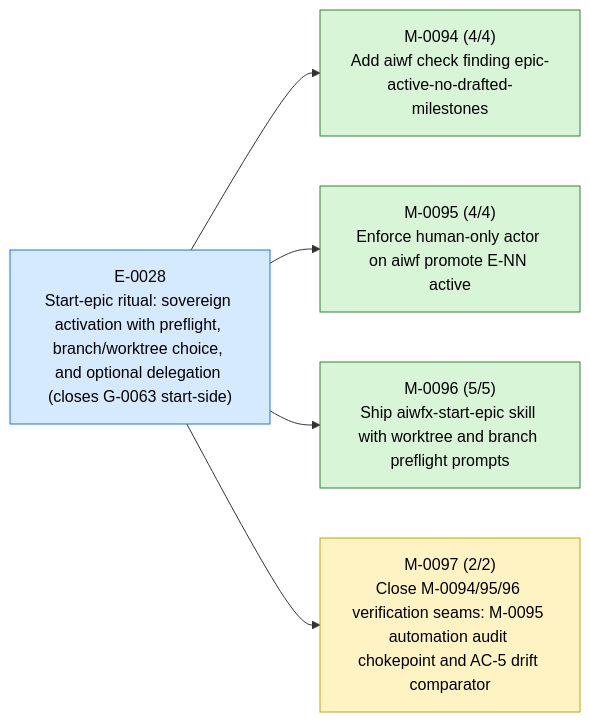
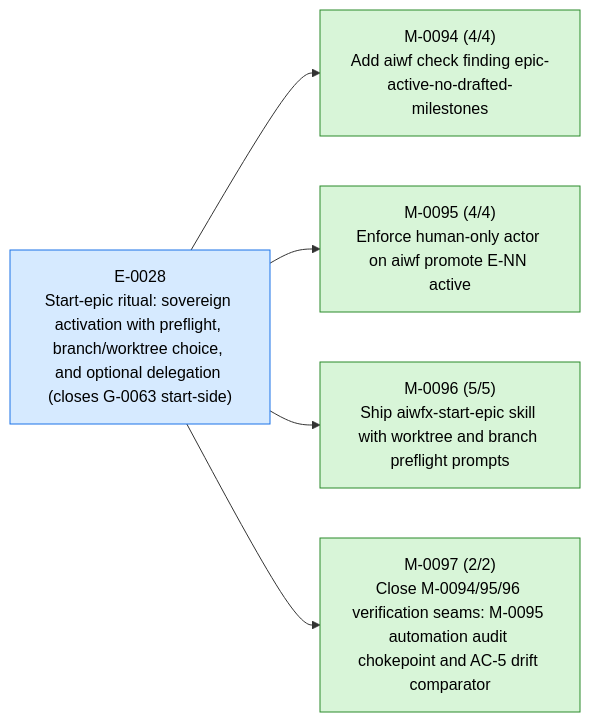
One commit to 23min/aiwf changed the first of 3 diagrams in STATUS.md. Above: the diagram before and after it, drawn with Mermaid. The commit also changed other lines of this file and 1 other file, not shown here.

First line of the commit message:
aiwf promote M-0097 in_progress -> done

````diff
--- a/STATUS.md
+++ b/STATUS.md
@@ -16,18 +16,18 @@
 ```mermaid
 flowchart LR
   E_0028["E-0028<br/>Start-epic ritual: sovereign activation with preflight, branch/worktree choice, and optional delegation (closes G-0063 start-side)"]:::epic_active
   M_0094["M-0094 (4/4)<br/>Add aiwf check finding epic-active-no-drafted-milestones"]:::ms_done
   E_0028 --> M_0094
   M_0095["M-0095 (4/4)<br/>Enforce human-only actor on aiwf promote E-NN active"]:::ms_done
   E_0028 --> M_0095
   M_0096["M-0096 (5/5)<br/>Ship aiwfx-start-epic skill with worktree and branch preflight prompts"]:::ms_done
   E_0028 --> M_0096
-  M_0097["M-0097 (2/2)<br/>Close M-0094/95/96 verification seams: M-0095 automation audit chokepoint and AC-5 drift comparator"]:::ms_in_progress
+  M_0097["M-0097 (2/2)<br/>Close M-0094/95/96 verification seams: M-0095 automation audit chokepoint and AC-5 drift comparator"]:::ms_done
   E_0028 --> M_0097
   classDef epic_active fill:#d6eaff,stroke:#1a73e8,color:#000
   classDef epic_proposed fill:#f4f4f4,stroke:#888,color:#000
   classDef ms_done fill:#d8f5d8,stroke:#2a8a2a,color:#000
   classDef ms_in_progress fill:#fff3c4,stroke:#caa400,color:#000
   classDef ms_draft fill:#f4f4f4,stroke:#888,color:#000
   classDef ms_cancelled fill:#fbeaea,stroke:#c33,color:#000
 ```
````
